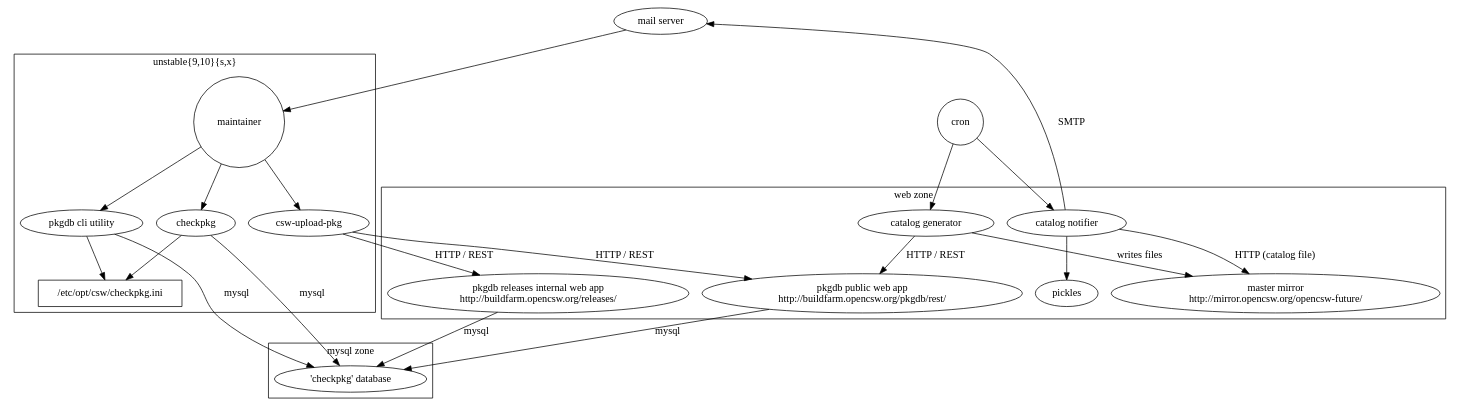
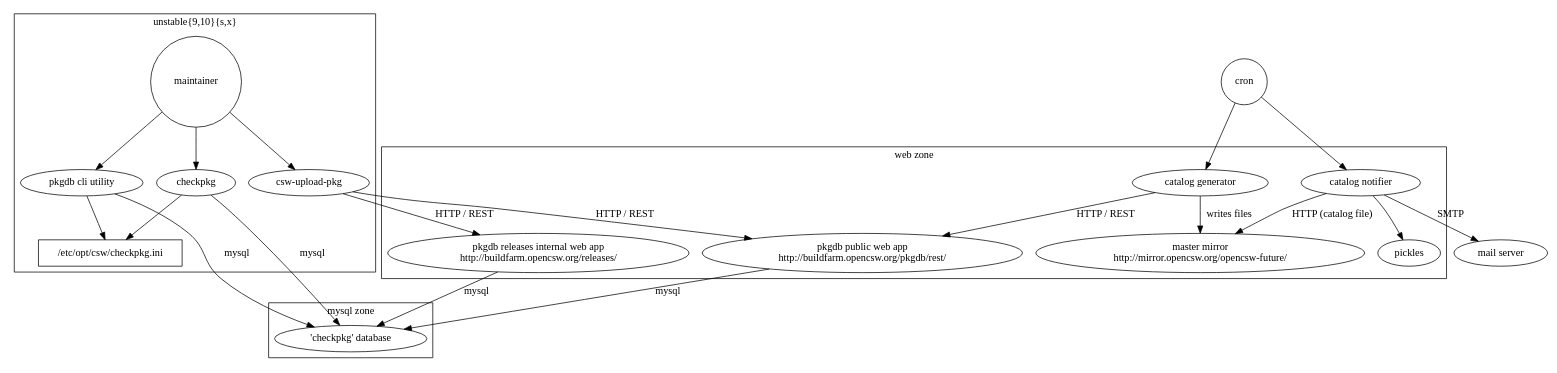
One commit to yannrouillard/gar changed the diagram in doc/connections.dot. Above: the diagram before and after it, drawn with Graphviz.

Commit message:
doc/connections: Removed mailserver->user connect
The mail server does not connect to the user.

```diff
--- a/doc/connections.dot
+++ b/doc/connections.dot
@@ -1,53 +1,52 @@
 // This diagram shows connections between different components on the
 // buildfarm.
 
 digraph connections {
 	subgraph cluster0 {
 		catalog_generator [label="catalog generator"];
 		catalog_notifier [label="catalog notifier"];
 		catalog_notifier -> mirror [label="HTTP (catalog file)"];
 		mirror [label="master mirror\nhttp://mirror.opencsw.org/opencsw-future/"];
 		catalog_generator -> web_app [label="HTTP / REST"];
 		catalog_generator -> mirror [label="writes files"];
 		{
 			rank = same;
 			web_app [label="pkgdb public web app\nhttp://buildfarm.opencsw.org/pkgdb/rest/"];
 			releases_web_app [label="pkgdb releases internal web app\nhttp://buildfarm.opencsw.org/releases/"];
 		}
 		pickled_files [label="pickles"];
 		catalog_notifier -> pickled_files;
 		label = "web zone";
 	}
 
 	subgraph cluster1 {
 		database [label="'checkpkg' database"];
 		label = "mysql zone";
 	}
 
 	subgraph cluster2 {
 		checkpkg_ini [label="/etc/opt/csw/checkpkg.ini",shape=rectangle];
 		csw_upload_pkg [label="csw-upload-pkg"];
 		pkgdb [label="pkgdb cli utility"];
 		checkpkg;
 		maintainer [shape=circle];
 		maintainer -> csw_upload_pkg;
 		maintainer -> pkgdb;
 		maintainer -> checkpkg;
 		label = "unstable{9,10}{s,x}";
 	}
 	mail_server [label="mail server"];
-	mail_server -> maintainer;
 	cron [shape=circle];
 	cron -> catalog_generator;
 	cron -> catalog_notifier;
 
 	catalog_notifier -> mail_server [label="SMTP"];
 	checkpkg -> checkpkg_ini;
 	pkgdb -> checkpkg_ini;
 	web_app -> database [label="mysql"];
 	releases_web_app -> database [label="mysql"];
 	checkpkg -> database [label="mysql"];
 	pkgdb -> database [label="mysql"];
 	csw_upload_pkg -> releases_web_app [label="HTTP / REST"];
 	csw_upload_pkg -> web_app [label="HTTP / REST"];
 }
```
